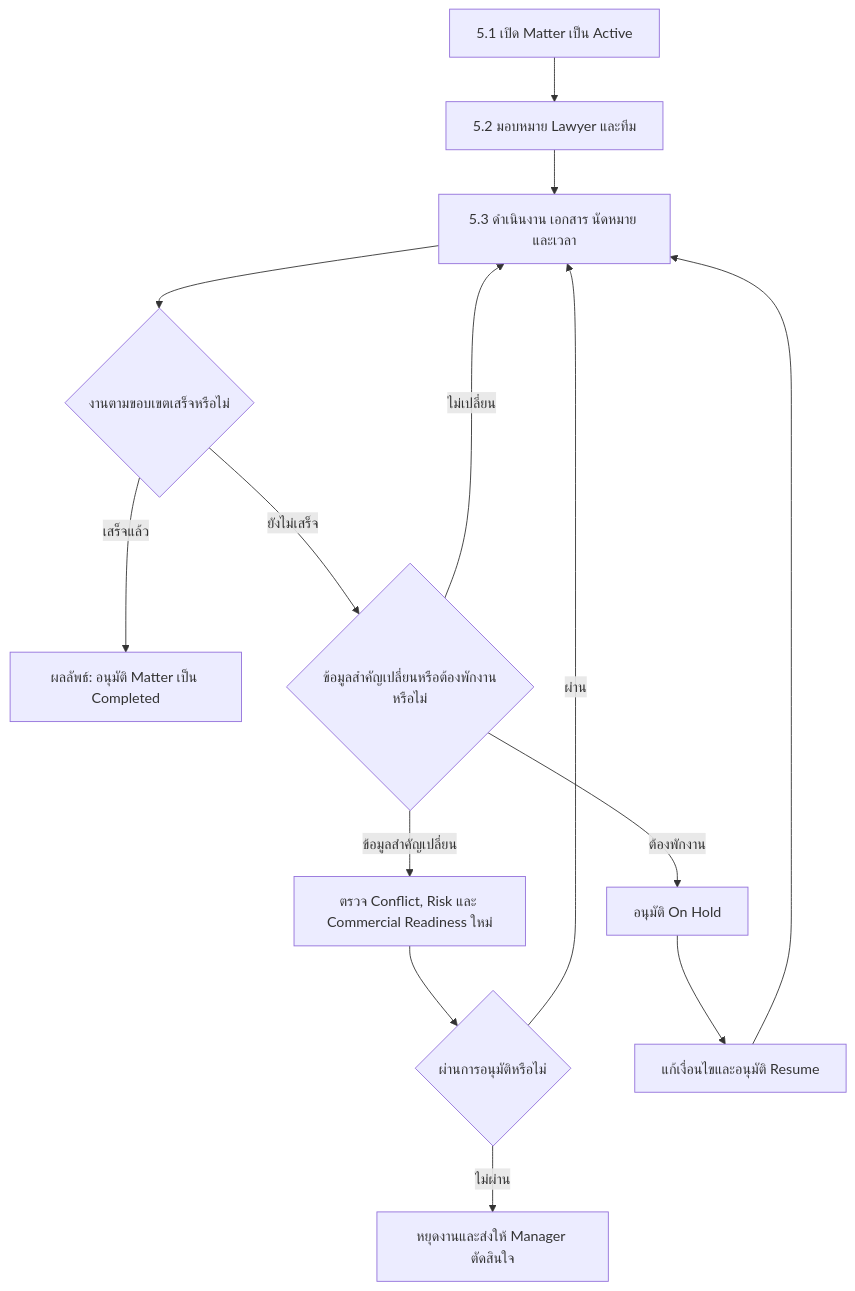
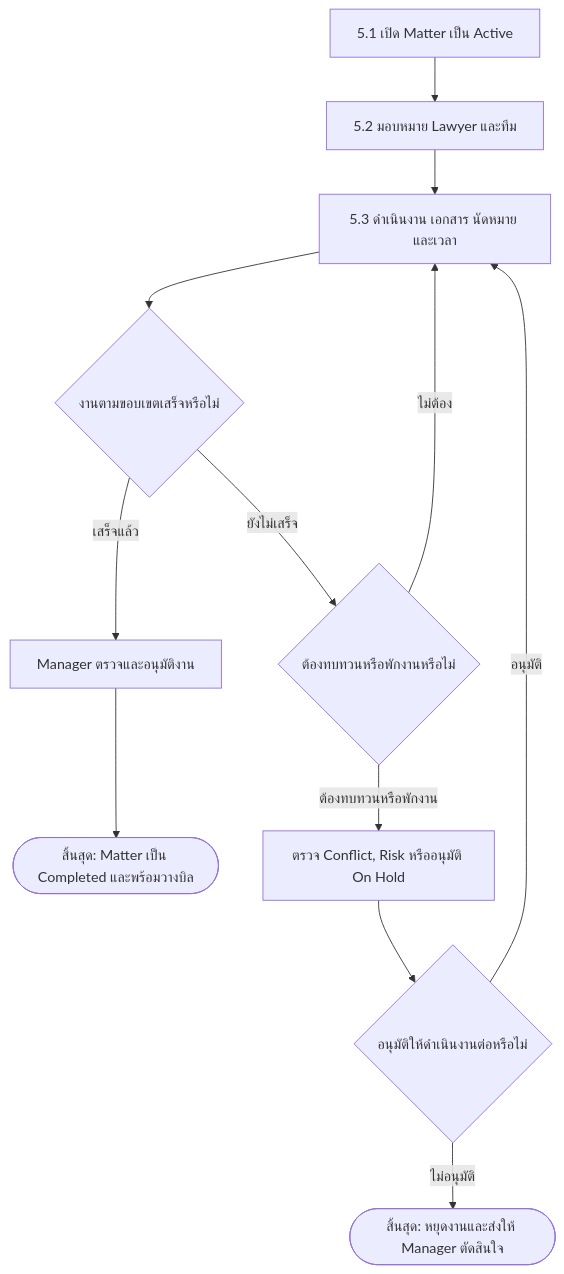
The fifth of 7 diagrams in docs/app/docs/workflow/page.mdx (yukasung/legal_erp_docs), drawn with Mermaid before and after one commit.

Commit message:
docs: complete matter execution workflow

````diff
--- a/docs/app/docs/workflow/page.mdx
+++ b/docs/app/docs/workflow/page.mdx
@@ -115,16 +115,14 @@
 ```mermaid
 flowchart TD
   A["5.1 เปิด Matter เป็น Active"] --> B["5.2 มอบหมาย Lawyer และทีม"]
   B --> C["5.3 ดำเนินงาน เอกสาร นัดหมาย และเวลา"]
   C --> D{"งานตามขอบเขตเสร็จหรือไม่"}
-  D -->|เสร็จแล้ว| R["ผลลัพธ์: อนุมัติ Matter เป็น Completed"]
-  D -->|ยังไม่เสร็จ| E{"ข้อมูลสำคัญเปลี่ยนหรือต้องพักงานหรือไม่"}
-  E -->|ไม่เปลี่ยน| C
-  E -->|ข้อมูลสำคัญเปลี่ยน| F["ตรวจ Conflict, Risk และ Commercial Readiness ใหม่"]
-  F --> G{"ผ่านการอนุมัติหรือไม่"}
-  G -->|ผ่าน| C
-  G -->|ไม่ผ่าน| H["หยุดงานและส่งให้ Manager ตัดสินใจ"]
-  E -->|ต้องพักงาน| I["อนุมัติ On Hold"]
-  I --> J["แก้เงื่อนไขและอนุมัติ Resume"]
-  J --> C
+  D -->|เสร็จแล้ว| R["Manager ตรวจและอนุมัติงาน"]
+  R --> Z(["สิ้นสุด: Matter เป็น Completed และพร้อมวางบิล"])
+  D -->|ยังไม่เสร็จ| E{"ต้องทบทวนหรือพักงานหรือไม่"}
+  E -->|ไม่ต้อง| C
+  E -->|ต้องทบทวนหรือพักงาน| F["ตรวจ Conflict, Risk หรืออนุมัติ On Hold"]
+  F --> G{"อนุมัติให้ดำเนินงานต่อหรือไม่"}
+  G -->|อนุมัติ| C
+  G -->|ไม่อนุมัติ| H(["สิ้นสุด: หยุดงานและส่งให้ Manager ตัดสินใจ"])
 ```
````
